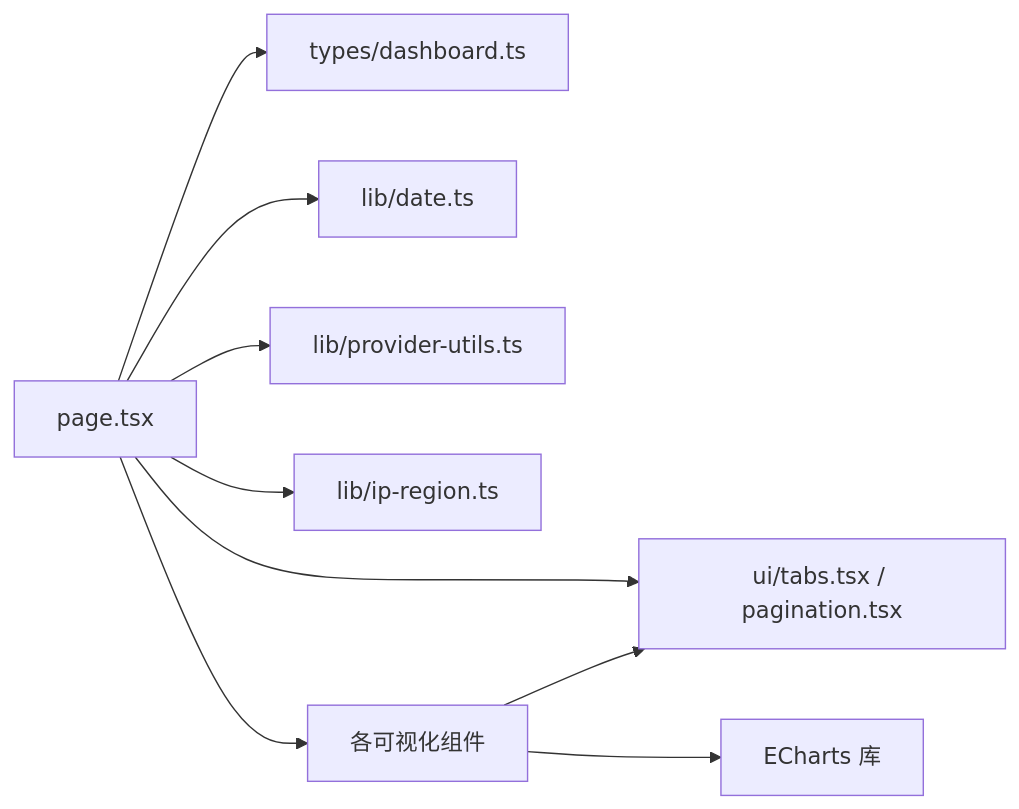
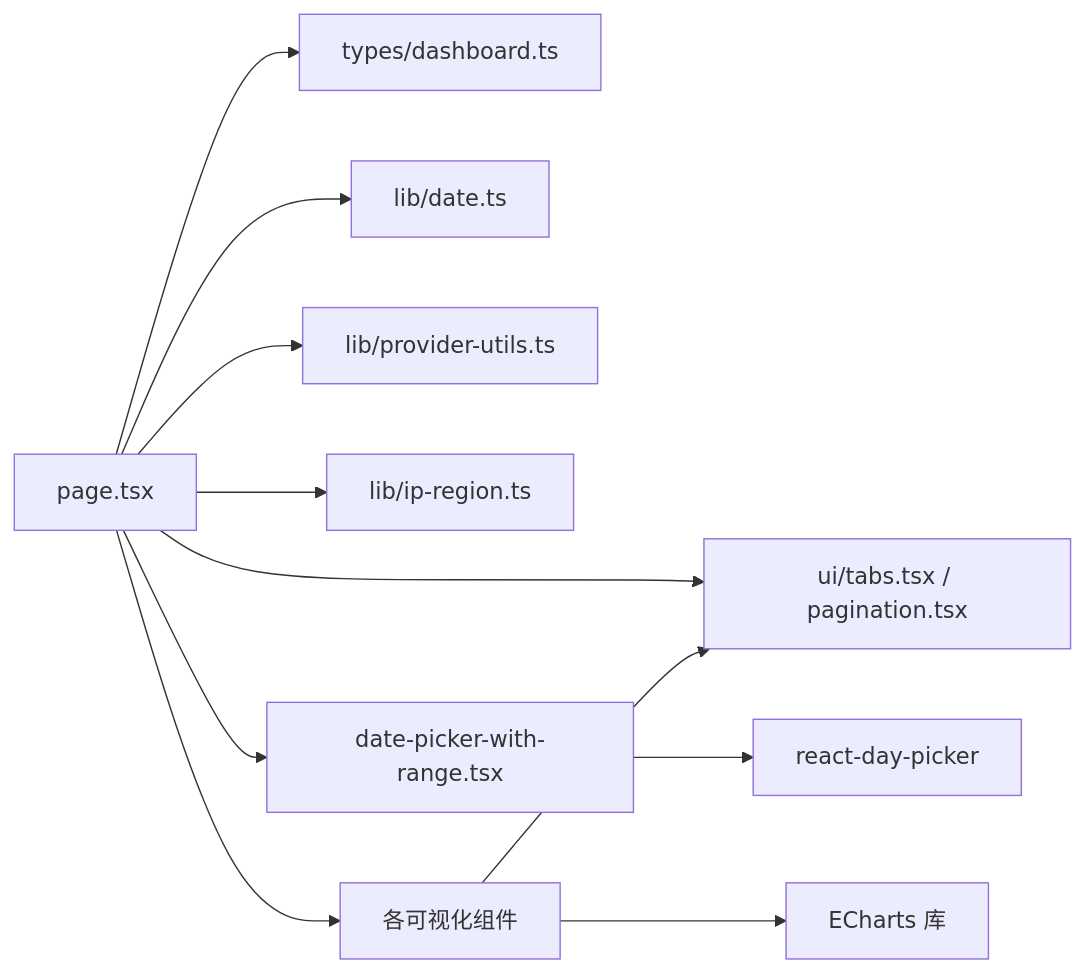
Before and after one commit to RadiumAg/AIGate: the tenth of 10 diagrams in .qoder/repowiki/zh/content/监控与分析/仪表板组件.md, drawn with Mermaid. The commit also changed other lines of this file and 8 other files, not shown here.

````diff
--- a/.qoder/repowiki/zh/content/监控与分析/仪表板组件.md
+++ b/.qoder/repowiki/zh/content/监控与分析/仪表板组件.md
@@ -327,11 +386,13 @@
 ```mermaid
 graph LR
 Page["page.tsx"] --> Types["types/dashboard.ts"]
 Page --> LibDate["lib/date.ts"]
 Page --> LibProv["lib/provider-utils.ts"]
 Page --> LibIP["lib/ip-region.ts"]
 Page --> UI["ui/tabs.tsx / pagination.tsx"]
+Page --> DatePicker["date-picker-with-range.tsx"]
 Page --> Charts["各可视化组件"]
 Charts --> ECharts["ECharts 库"]
 Charts --> UI
+DatePicker --> DayPicker["react-day-picker"]
 ```
````
